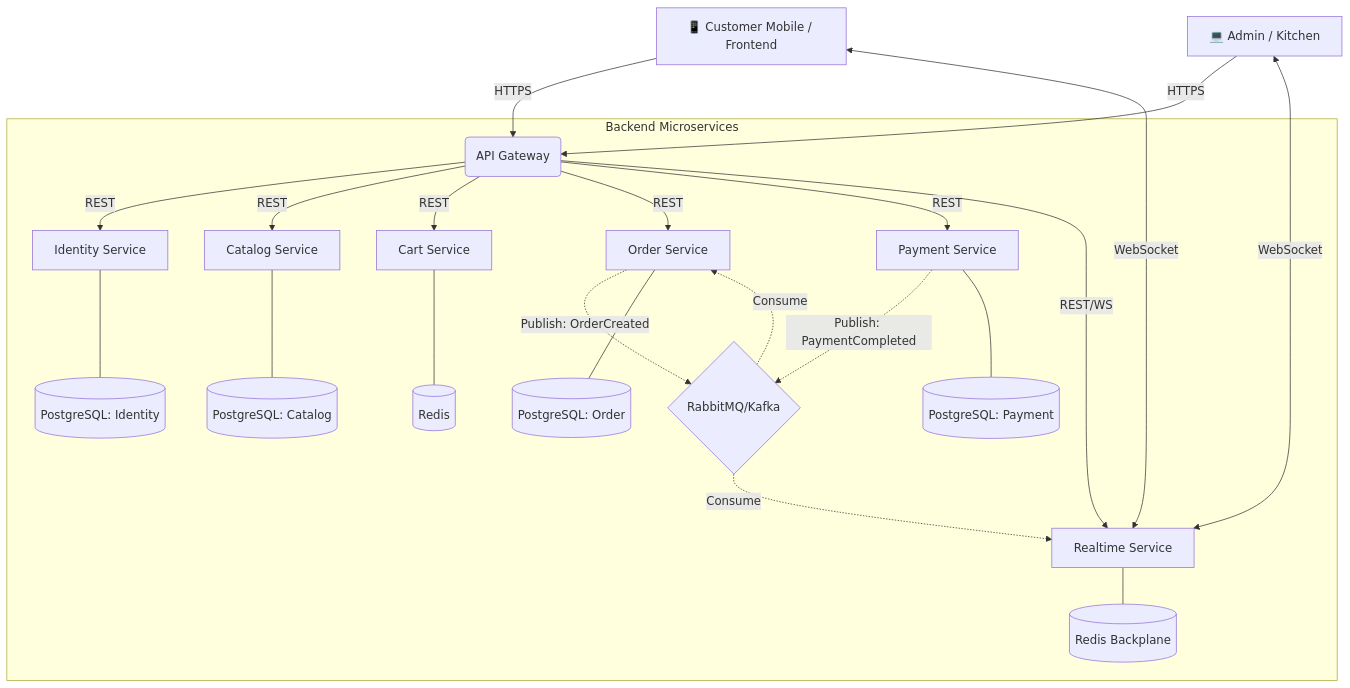
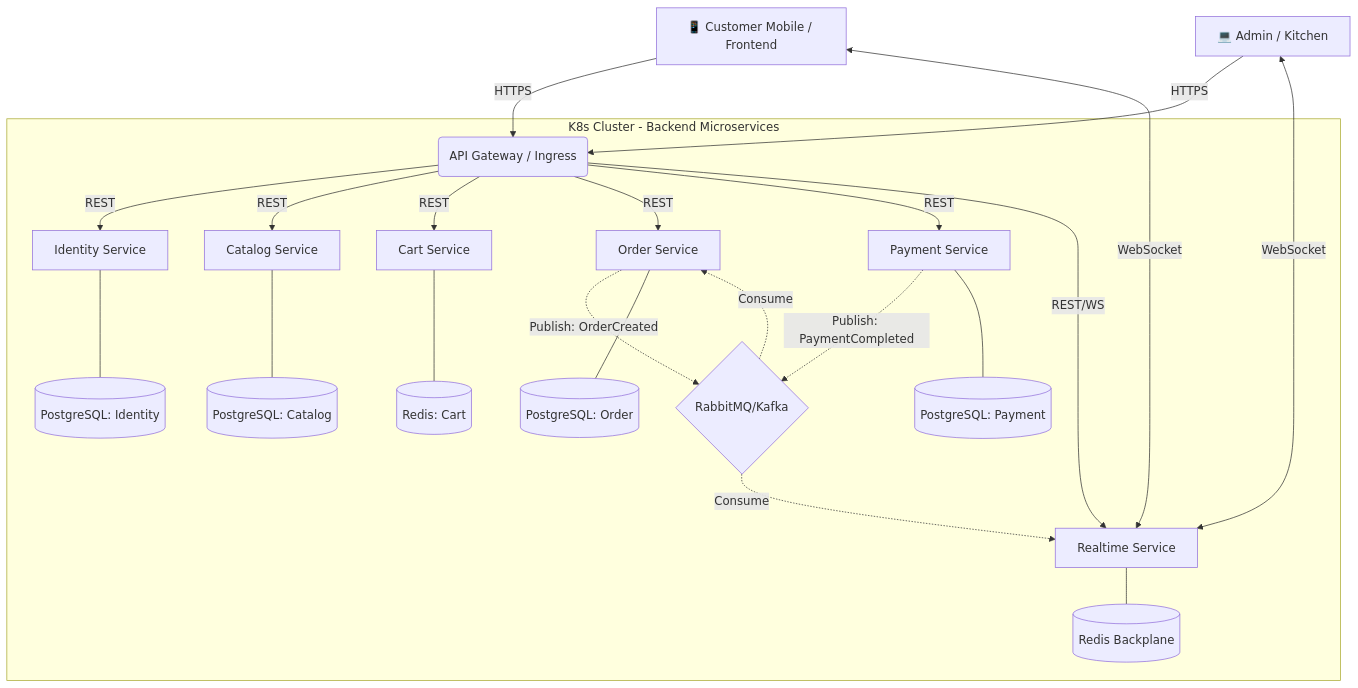
The diagram in doc/readme.md (griox/bun-bo-ordering), drawn with Mermaid before and after one commit. The commit also changed other lines of this file and 227 other files, not shown here.

````diff
--- a/doc/readme.md
+++ b/doc/readme.md
@@ -49,31 +56,31 @@
 ```mermaid
 graph TD
-    Client[📱 Customer Mobile / Frontend] -->|HTTPS| Gateway(API Gateway)
+    Client[📱 Customer Mobile / Frontend] -->|HTTPS| Gateway(API Gateway / Ingress)
     Admin[💻 Admin / Kitchen] -->|HTTPS| Gateway
     
-    subgraph Backend Microservices
+    subgraph K8s Cluster - Backend Microservices
         Gateway -->|REST| ID[Identity Service]
         Gateway -->|REST| Cat[Catalog Service]
         Gateway -->|REST| Cart[Cart Service]
         Gateway -->|REST| Ord[Order Service]
         Gateway -->|REST| Pay[Payment Service]
         Gateway -->|REST/WS| RT[Realtime Service]
         
         %% Async Communication
         Ord -.->|Publish: OrderCreated| MQ{RabbitMQ/Kafka}
         Pay -.->|Publish: PaymentCompleted| MQ
         MQ -.->|Consume| Ord
         MQ -.->|Consume| RT
         
-        %% Databases
+        %% Databases isolated implicitly
         ID --- DB1[(PostgreSQL: Identity)]
         Cat --- DB2[(PostgreSQL: Catalog)]
         Ord --- DB3[(PostgreSQL: Order)]
         Pay --- DB4[(PostgreSQL: Payment)]
-        Cart --- Cache1[(Redis)]
+        Cart --- Cache1[(Redis: Cart)]
         RT --- Cache2[(Redis Backplane)]
     end
     
     Client <-->|WebSocket| RT
     Admin <-->|WebSocket| RT
 ```
````
